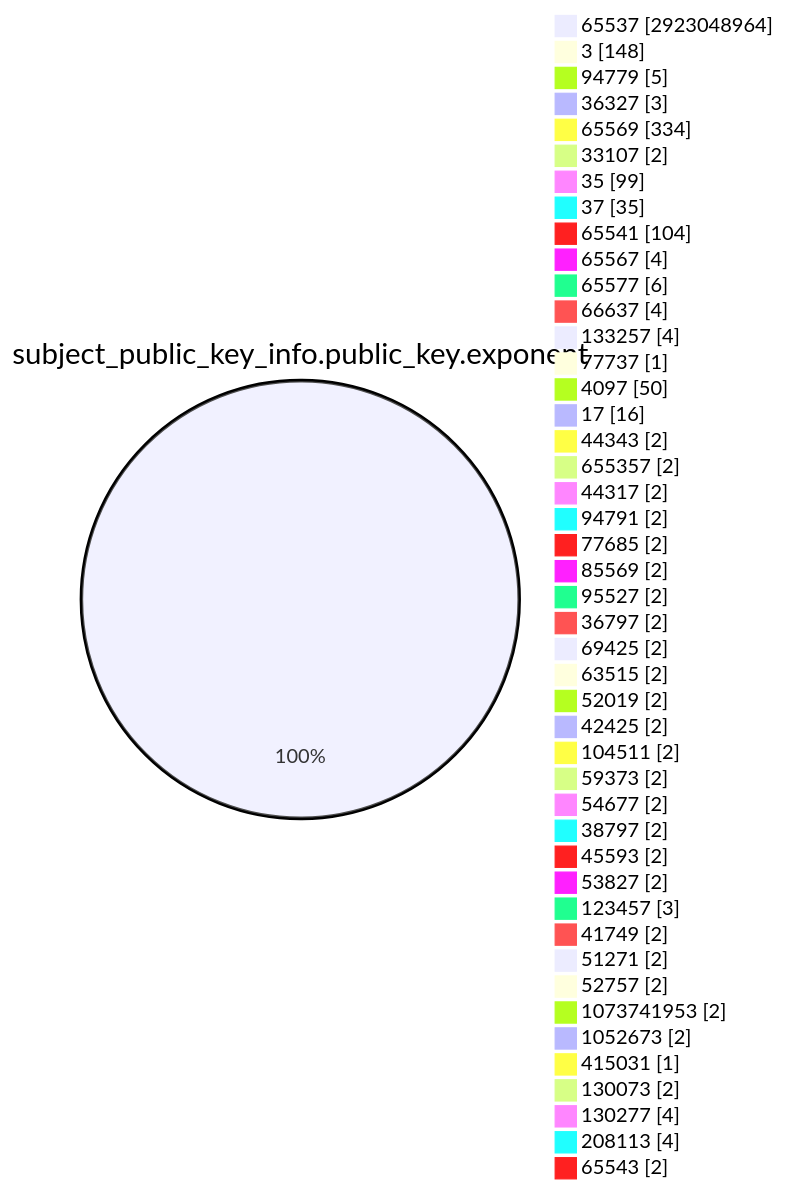
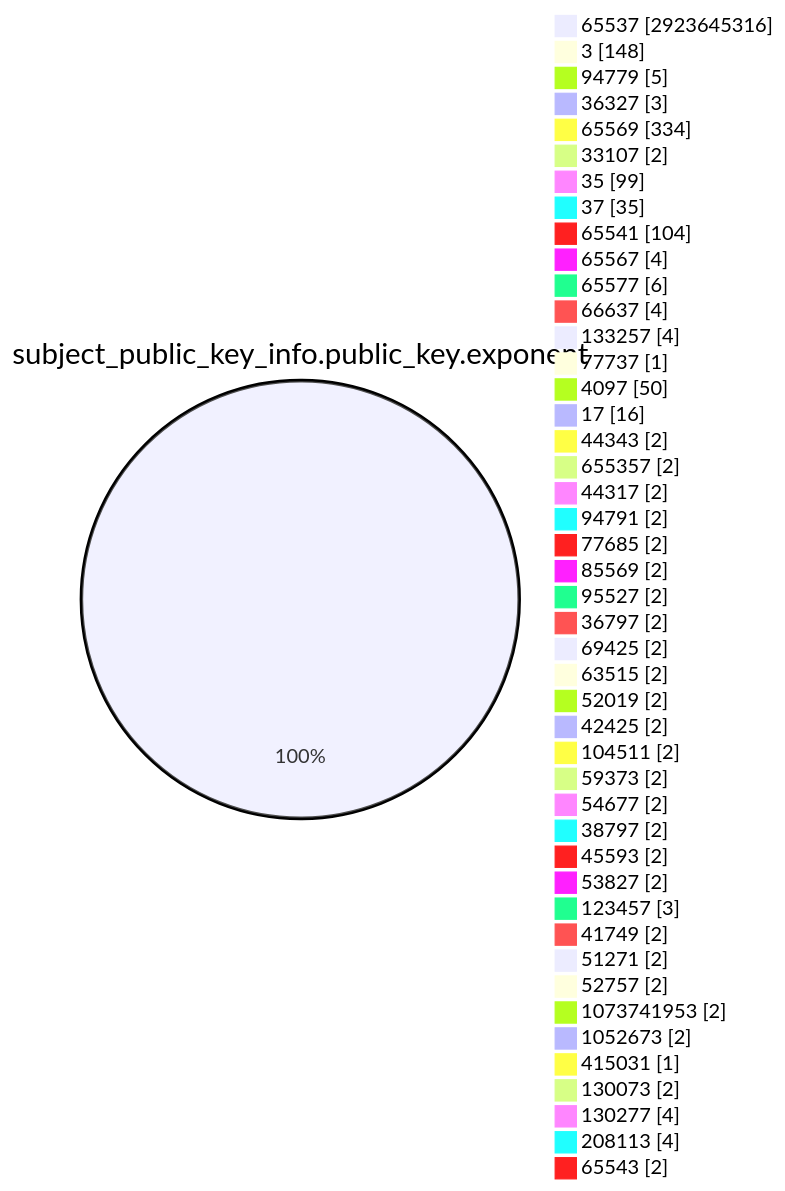
Before and after one commit to christiankrug/ctmonitor_visualization: the fourth of 15 diagrams in TOTAL/README.md, drawn with Mermaid. The commit also changed other lines of this file, not shown here.

````diff
--- a/TOTAL/README.md
+++ b/TOTAL/README.md
@@ -1469,49 +1469,49 @@
 ```mermaid
 pie showData
 title subject_public_key_info.public_key.exponent
-"65537" :2923048964
+"65537" :2923645316
 "3" :148
 "94779" :5
 "36327" :3
 "65569" :334
 "33107" :2
 "35" :99
 "37" :35
 "65541" :104
 "65567" :4
 "65577" :6
 "66637" :4
 "133257" :4
 "77737" :1
 "4097" :50
 "17" :16
 "44343" :2
 "655357" :2
 "44317" :2
 "94791" :2
 "77685" :2
 "85569" :2
 "95527" :2
 "36797" :2
 "69425" :2
 "63515" :2
 "52019" :2
 "42425" :2
 "104511" :2
 "59373" :2
 "54677" :2
 "38797" :2
 "45593" :2
 "53827" :2
 "123457" :3
 "41749" :2
 "51271" :2
 "52757" :2
 "1073741953" :2
 "1052673" :2
 "415031" :1
 "130073" :2
 "130277" :4
 "208113" :4
 "65543" :2
 ```
````
